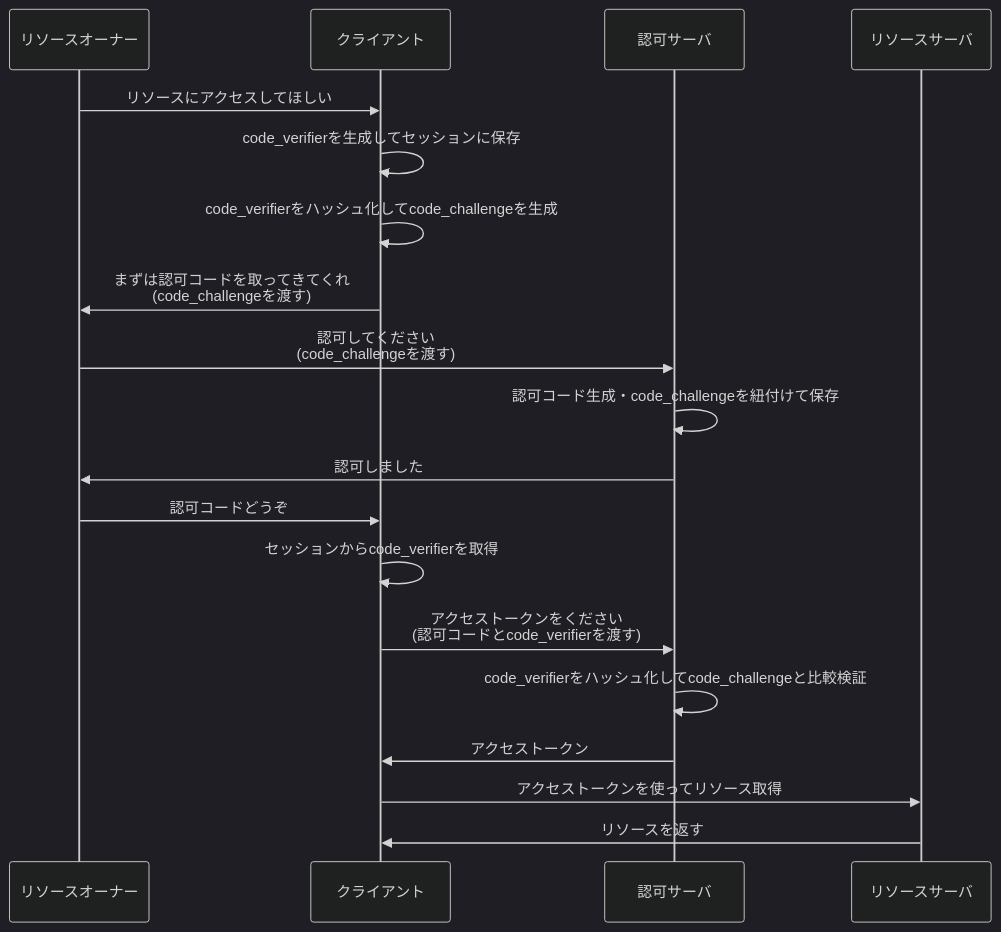
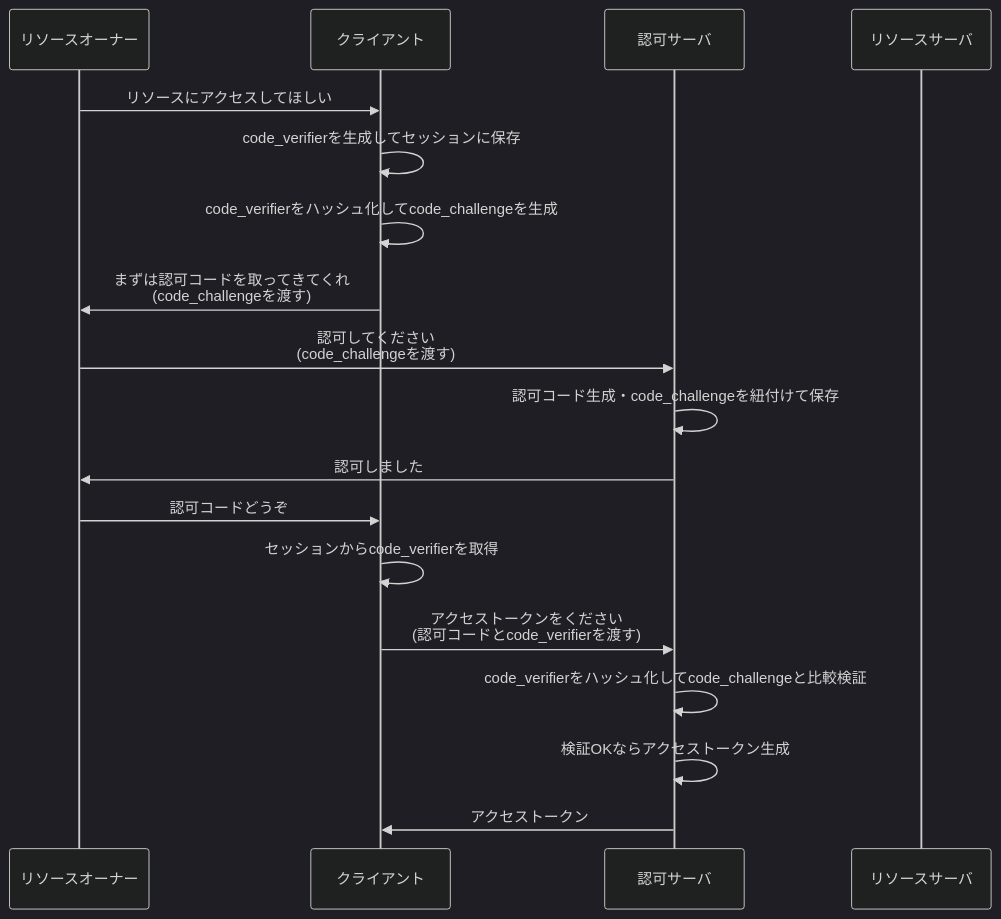
Before and after one commit to calloc134/zenn-dir: the third of 20 diagrams in articles/5e8da6c491e720.md, drawn with Mermaid (dark theme). The commit also changed other lines of this file, not shown here.

Commit message:
PKCEフローの解説修正

````diff
--- a/articles/5e8da6c491e720.md
+++ b/articles/5e8da6c491e720.md
@@ -753,23 +753,22 @@
 ```mermaid
 sequenceDiagram
     participant リソースオーナー
     participant クライアント
     participant 認可サーバ
     participant リソースサーバ
 
     リソースオーナー->>クライアント: リソースにアクセスしてほしい
     クライアント->>クライアント: code_verifierを生成してセッションに保存
     クライアント->>クライアント: code_verifierをハッシュ化してcode_challengeを生成
     クライアント->>リソースオーナー: まずは認可コードを取ってきてくれ<br>(code_challengeを渡す)
 
     リソースオーナー->>認可サーバ: 認可してください<br>(code_challengeを渡す)
     認可サーバ->>認可サーバ: 認可コード生成・code_challengeを紐付けて保存
     認可サーバ->>リソースオーナー: 認可しました
     リソースオーナー->>クライアント: 認可コードどうぞ
     クライアント->>クライアント: セッションからcode_verifierを取得
     クライアント->>認可サーバ: アクセストークンをください<br>(認可コードとcode_verifierを渡す)
     認可サーバ->>認可サーバ: code_verifierをハッシュ化してcode_challengeと比較検証
+    認可サーバ->>認可サーバ: 検証OKならアクセストークン生成
     認可サーバ->>クライアント: アクセストークン
-    クライアント->>リソースサーバ: アクセストークンを使ってリソース取得
-    リソースサーバ->>クライアント: リソースを返す
 ```
````
